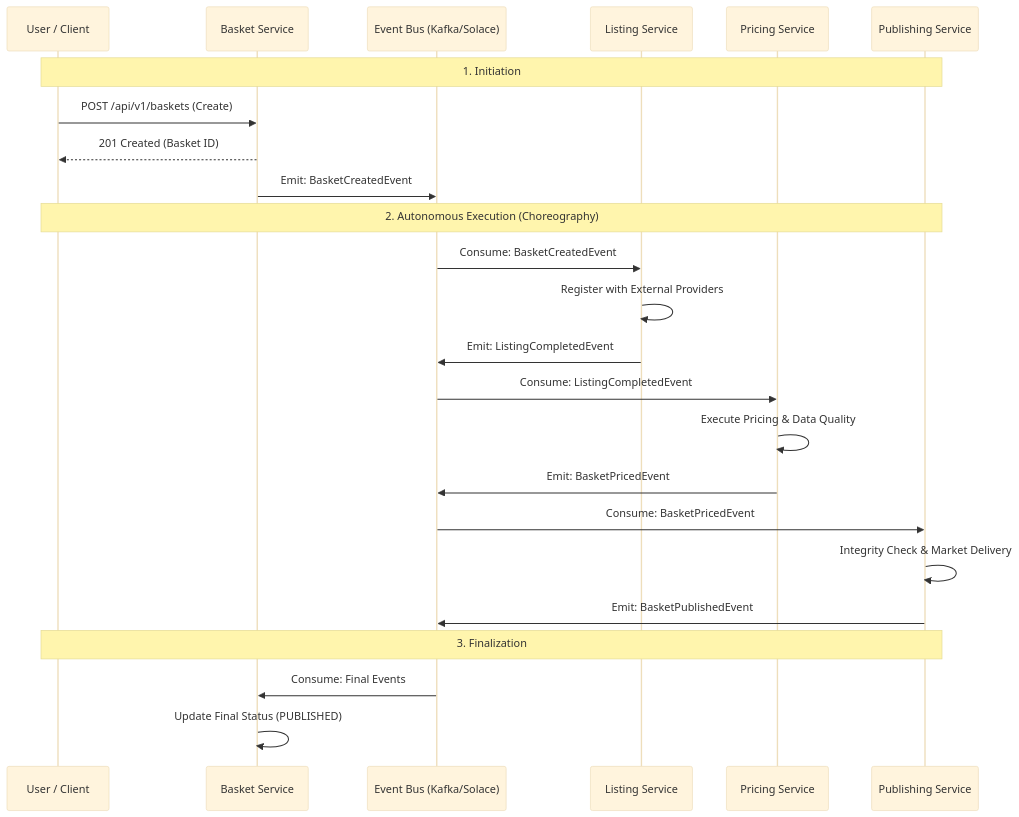
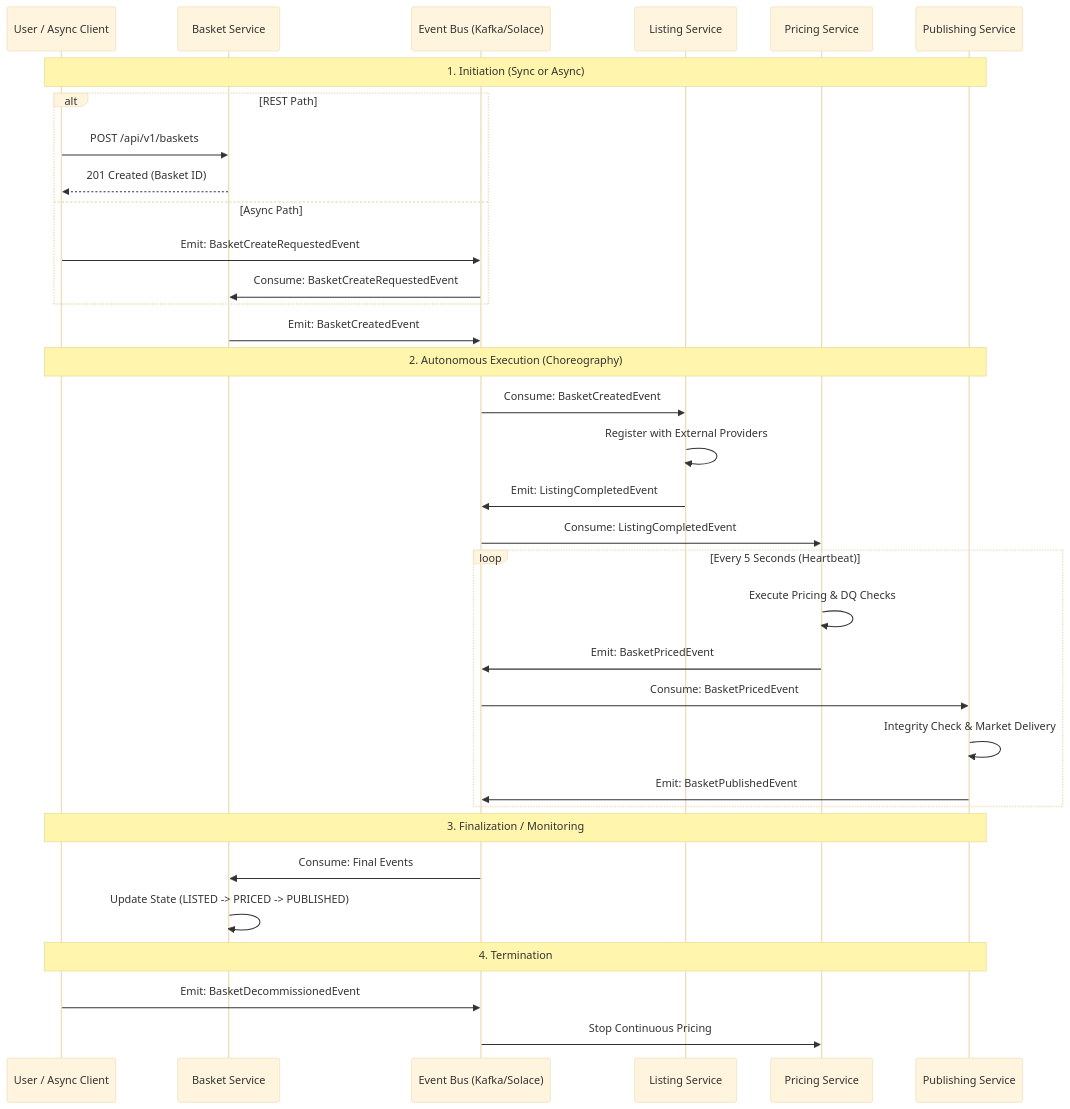
One commit to srviswan/pb-synth-custom-index-listing-pricing-svc changed the second of 5 diagrams in docs/architecture-visuals.md. Above: the diagram before and after it, drawn with Mermaid (base theme). The commit also changed other lines of this file, not shown here.

Commit message:
Fix: Resolve Mermaid rendering issues in architecture visuals

````diff
--- a/docs/architecture-visuals.md
+++ b/docs/architecture-visuals.md
@@ -38,31 +44,42 @@
 ```mermaid
 sequenceDiagram
-    participant U as User / Client
+    participant U as User / Async Client
     participant B as Basket Service
     participant Bus as Event Bus (Kafka/Solace)
     participant L as Listing Service
     participant P as Pricing Service
     participant Pub as Publishing Service
 
-    Note over U, Pub: 1. Initiation
-    U->>B: POST /api/v1/baskets (Create)
-    B-->>U: 201 Created (Basket ID)
+    Note over U, Pub: 1. Initiation (Sync or Async)
+    alt REST Path
+        U->>B: POST /api/v1/baskets
+        B-->>U: 201 Created (Basket ID)
+    else Async Path
+        U->>Bus: Emit: BasketCreateRequestedEvent
+        Bus->>B: Consume: BasketCreateRequestedEvent
+    end
     B->>Bus: Emit: BasketCreatedEvent
 
     Note over U, Pub: 2. Autonomous Execution (Choreography)
     Bus->>L: Consume: BasketCreatedEvent
     L->>L: Register with External Providers
     L->>Bus: Emit: ListingCompletedEvent
 
     Bus->>P: Consume: ListingCompletedEvent
-    P->>P: Execute Pricing & Data Quality
-    P->>Bus: Emit: BasketPricedEvent
+    
+    loop Every 5 Seconds (Heartbeat)
+        P->>P: Execute Pricing & DQ Checks
+        P->>Bus: Emit: BasketPricedEvent
+        Bus->>Pub: Consume: BasketPricedEvent
+        Pub->>Pub: Integrity Check & Market Delivery
+        Pub->>Bus: Emit: BasketPublishedEvent
+    end
 
-    Bus->>Pub: Consume: BasketPricedEvent
-    Pub->>Pub: Integrity Check & Market Delivery
-    Pub->>Bus: Emit: BasketPublishedEvent
-
-    Note over U, Pub: 3. Finalization
+    Note over U, Pub: 3. Finalization / Monitoring
     Bus->>B: Consume: Final Events
-    B->>B: Update Final Status (PUBLISHED)
+    B->>B: Update State (LISTED -> PRICED -> PUBLISHED)
+    
+    Note over U, Pub: 4. Termination
+    U->>Bus: Emit: BasketDecommissionedEvent
+    Bus->>P: Stop Continuous Pricing
 ```
````
